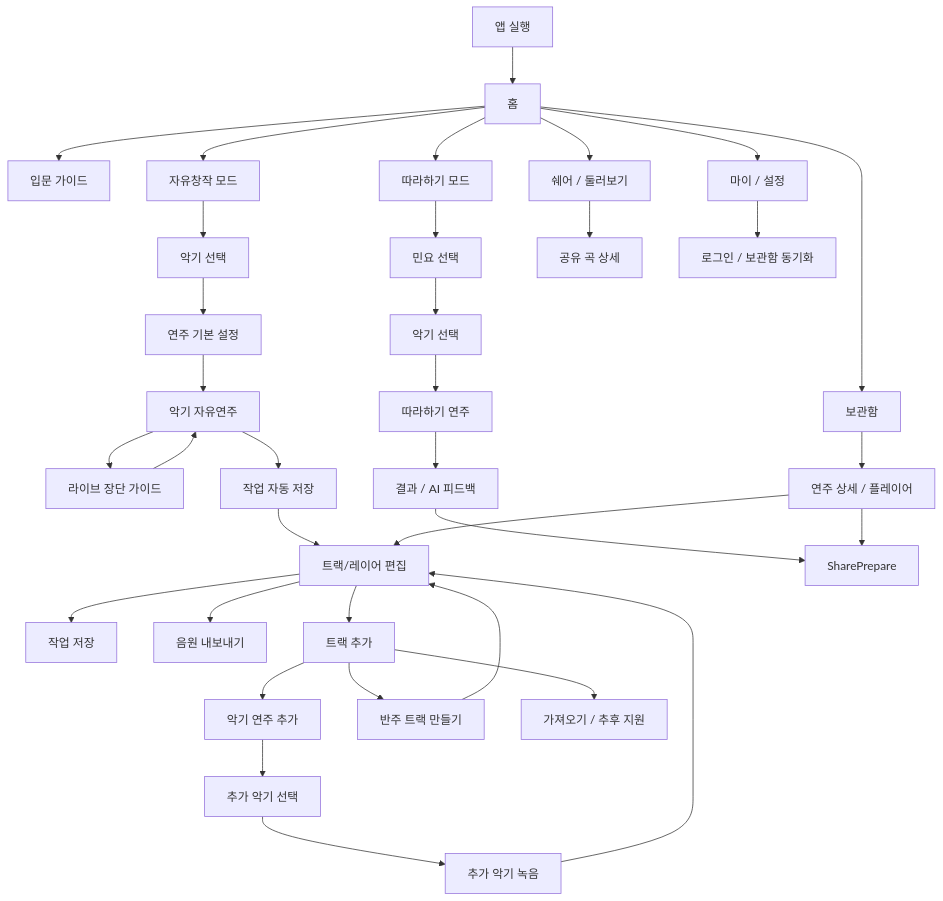
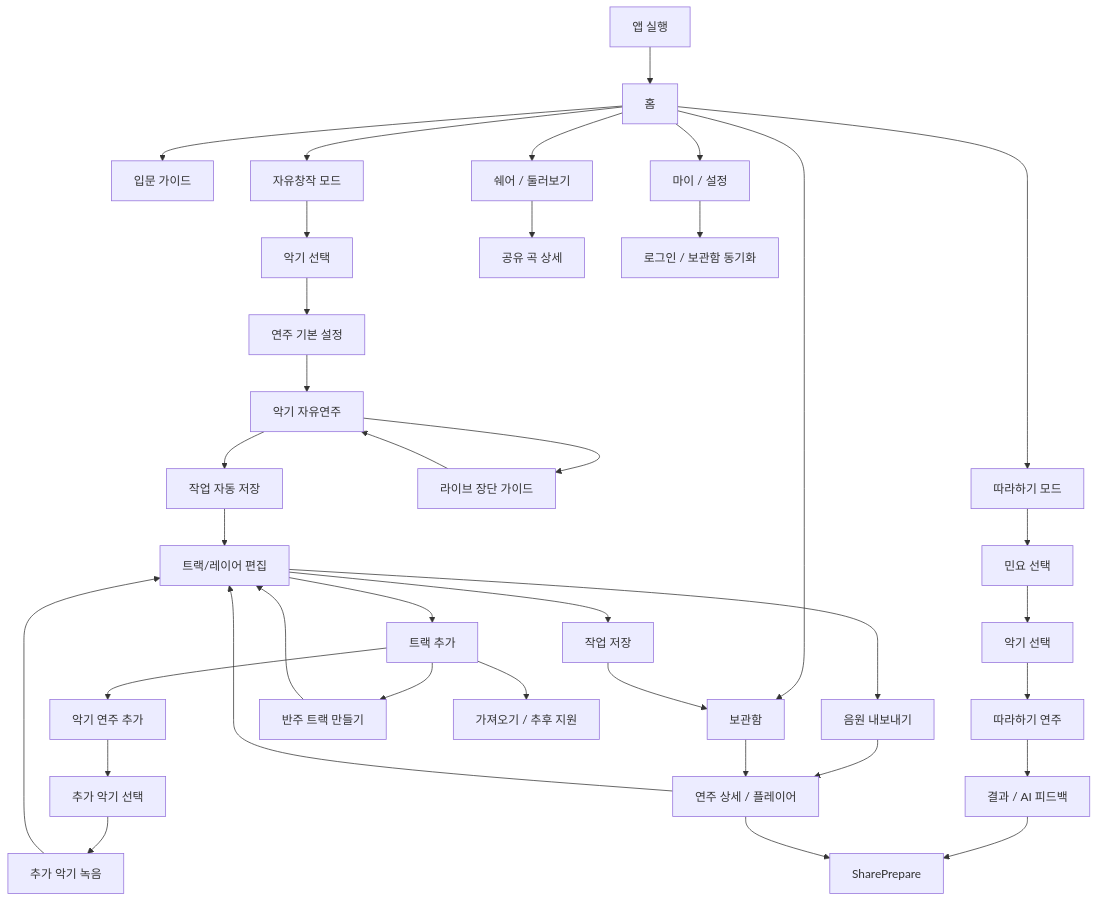
The diagram in front/docs/product/screen-flow/current-screen-flow.md (logan0741/GARAK-AI-Gugak-Studio), drawn with Mermaid before and after one commit. The commit also changed other lines of this file and 4 other files, not shown here.

````diff
--- a/front/docs/product/screen-flow/current-screen-flow.md
+++ b/front/docs/product/screen-flow/current-screen-flow.md
@@ -97,44 +97,46 @@
 ```mermaid
 flowchart TD
     App["앱 실행"] --> Home["홈"]
 
     Home --> Guide["입문 가이드"]
     Home --> FreeMode["자유창작 모드"]
     Home --> PracticeEntry["따라하기 모드"]
     Home --> Library["보관함"]
     Home --> ShareFeed["쉐어 / 둘러보기"]
     Home --> Settings["마이 / 설정"]
 
     FreeMode --> InstrumentSettings["악기 선택"]
     InstrumentSettings --> PlayDefaults["연주 기본 설정"]
     PlayDefaults --> FreePlay["악기 자유연주"]
     FreePlay --> LiveJangdanGuide["라이브 장단 가이드"]
     LiveJangdanGuide --> FreePlay
 
     FreePlay --> AutoSaveWork["작업 자동 저장"]
     AutoSaveWork --> LayerEdit["트랙/레이어 편집"]
     LayerEdit --> SaveWork["작업 저장"]
     LayerEdit --> ExportAudio["음원 내보내기"]
+    SaveWork --> Library
+    ExportAudio --> RecordingDetail
 
     LayerEdit --> AddTrack["트랙 추가"]
     AddTrack --> AddInstrumentType["악기 연주 추가"]
     AddTrack --> AccompanimentTrack["반주 트랙 만들기"]
     AddTrack --> ImportLocked["가져오기 / 추후 지원"]
     AddInstrumentType --> AddInstrumentSelect["추가 악기 선택"]
     AddInstrumentSelect --> ExtraInstrumentRecord["추가 악기 녹음"]
     ExtraInstrumentRecord --> LayerEdit
     AccompanimentTrack --> LayerEdit
 
     PracticeEntry --> SongSelect["민요 선택"]
     SongSelect --> PracticeInstrument["악기 선택"]
     PracticeInstrument --> PracticePlay["따라하기 연주"]
     PracticePlay --> PracticeResult["결과 / AI 피드백"]
     PracticeResult --> SharePrepare
 
     Library --> RecordingDetail["연주 상세 / 플레이어"]
     RecordingDetail --> LayerEdit
     RecordingDetail --> SharePrepare
 
     ShareFeed --> SharedDetail["공유 곡 상세"]
     Settings --> LoginSync["로그인 / 보관함 동기화"]
 ```
````
